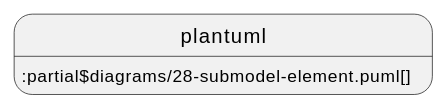
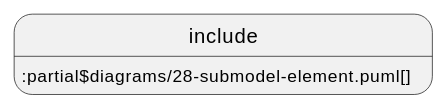
The first of 18 diagrams in documentation/IDTA-01001/modules/ROOT/pages/spec-metamodel/submodel-elements.adoc (acplt/aas-specs), drawn with PlantUML before and after one commit. The commit also changed other lines of this file and 14 other files, not shown here.

First line of the commit message:
Revert "Use plantuml instead of include and test ./"

```diff
--- a/documentation/IDTA-01001/modules/ROOT/pages/spec-metamodel/submodel-elements.adoc
+++ b/documentation/IDTA-01001/modules/ROOT/pages/spec-metamodel/submodel-elements.adoc
@@ -18,4 +18,4 @@
 [plantuml, 28-submodel-element, svg]
 ....
-plantuml::partial$diagrams/28-submodel-element.puml[]
+include::partial$diagrams/28-submodel-element.puml[]
 ....
```
